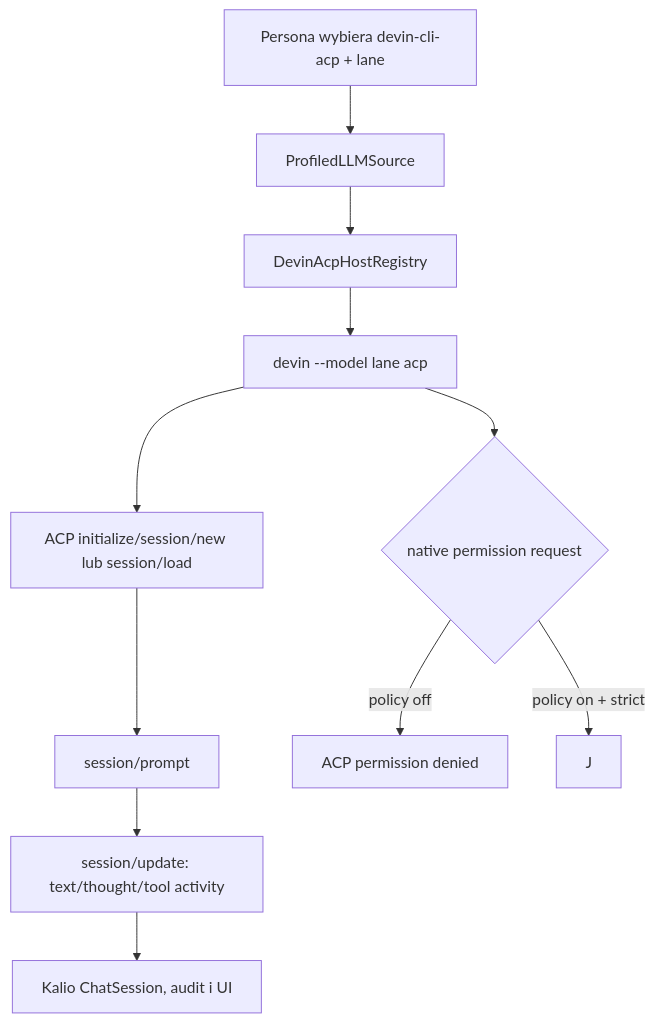
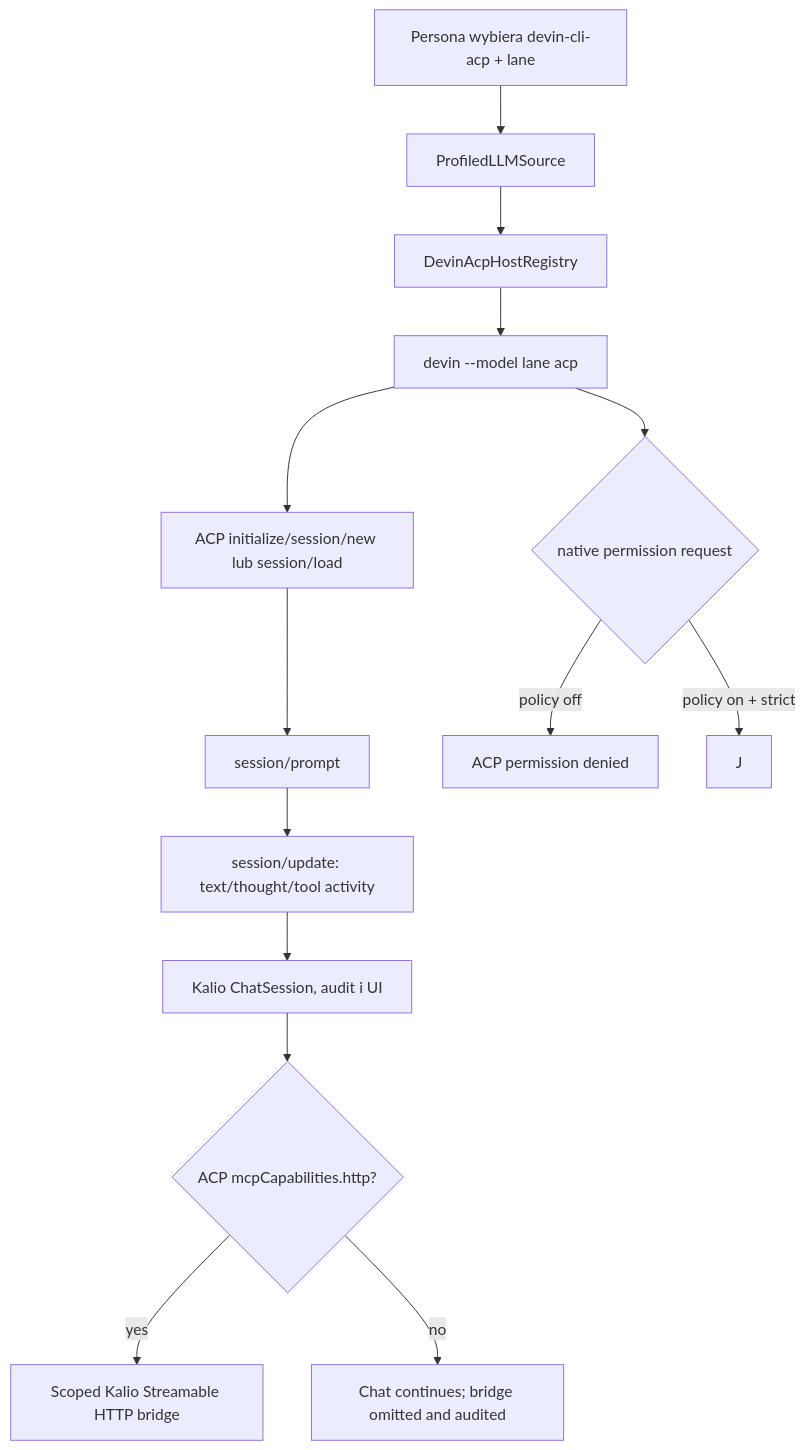
The diagram in docs/sessions/2026-08-23-devin-host-acp.md (Radomiej/kalio-forever), drawn with Mermaid before and after one commit. The commit also changed other lines of this file and 21 other files, not shown here.

````diff
--- a/docs/sessions/2026-08-23-devin-host-acp.md
+++ b/docs/sessions/2026-08-23-devin-host-acp.md
@@ -62,13 +65,16 @@
 ```mermaid
 flowchart TD
     A[Persona wybiera devin-cli-acp + lane] --> B[ProfiledLLMSource]
     B --> C[DevinAcpHostRegistry]
     C --> D[devin --model lane acp]
     D --> E[ACP initialize/session/new lub session/load]
     E --> F[session/prompt]
     F --> G[session/update: text/thought/tool activity]
     G --> H[Kalio ChatSession, audit i UI]
+    H --> L{ACP mcpCapabilities.http?}
+    L -->|yes| M[Scoped Kalio Streamable HTTP bridge]
+    L -->|no| N[Chat continues; bridge omitted and audited]
     D --> I{native permission request}
     I -->|policy off| K[ACP permission denied]
     I -->|policy on + strict| J
 ```
````
